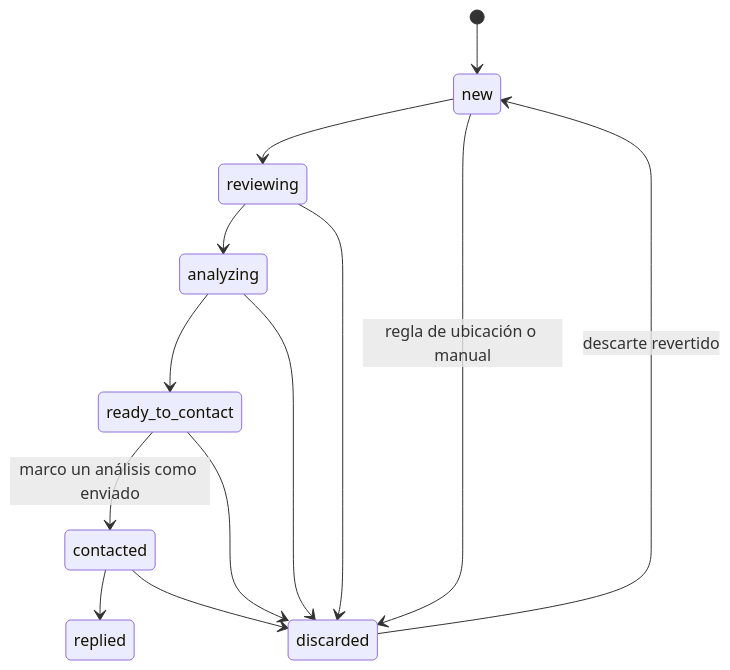
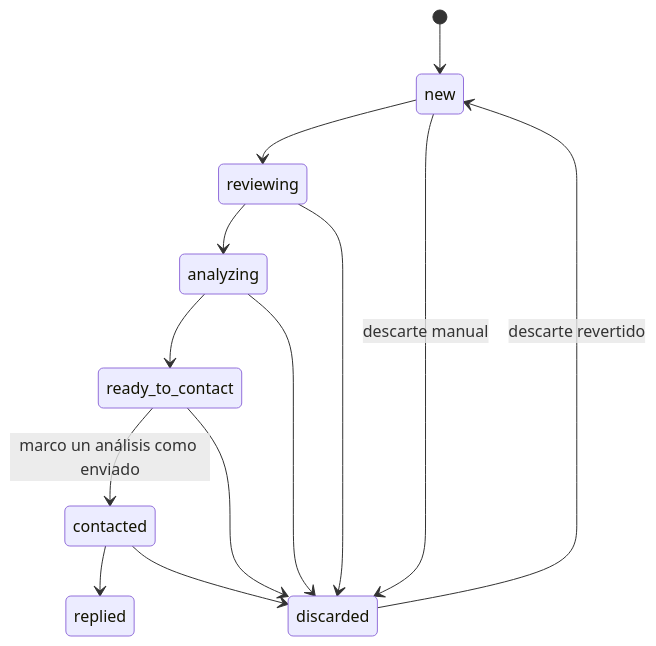
The fourth of 4 diagrams in docs/architecture.md (GP-07/startup-scout), drawn with Mermaid before and after one commit. The commit also changed other lines of this file and 49 other files, not shown here.

````diff
--- a/docs/architecture.md
+++ b/docs/architecture.md
@@ -278,15 +401,15 @@
 ```mermaid
 stateDiagram-v2
     [*] --> new
     new --> reviewing
     reviewing --> analyzing
     analyzing --> ready_to_contact
     ready_to_contact --> contacted: marco un análisis como enviado
     contacted --> replied
-    new --> discarded: regla de ubicación o manual
+    new --> discarded: descarte manual
     reviewing --> discarded
     analyzing --> discarded
     ready_to_contact --> discarded
     contacted --> discarded
     discarded --> new: descarte revertido
 ```
````
